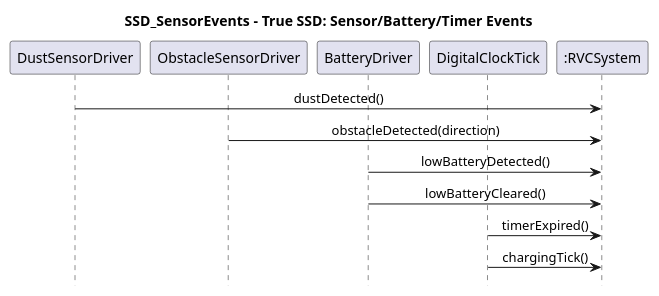
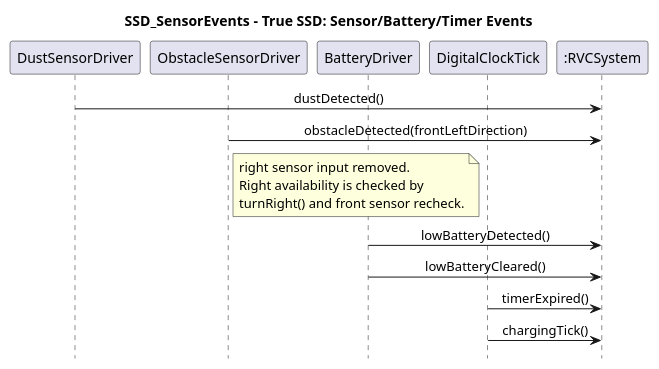
Before and after one commit to YoonBoorue/OOAD_TEAM1: the diagram in docs/ai-output/srs_ssd_sensor_events.puml, drawn with PlantUML. The commit also changed 10 other files, not shown here.

```diff
--- a/docs/ai-output/srs_ssd_sensor_events.puml
+++ b/docs/ai-output/srs_ssd_sensor_events.puml
@@ -4,25 +4,31 @@
 @startuml SSD_SensorEvents
 title SSD_SensorEvents - True SSD: Sensor/Battery/Timer Events
 
 skinparam sequenceMessageAlign center
 hide footbox
 
 participant "DustSensorDriver" as DustSensorDriver
 participant "ObstacleSensorDriver" as ObstacleSensorDriver
 participant "BatteryDriver" as BatteryDriver
 participant "DigitalClockTick" as DigitalClockTick
 participant ":RVCSystem" as RVCSystem
 
 DustSensorDriver -> RVCSystem: dustDetected()
 
-ObstacleSensorDriver -> RVCSystem: obstacleDetected(direction)
+ObstacleSensorDriver -> RVCSystem: obstacleDetected(frontLeftDirection)
+
+note right of ObstacleSensorDriver
+right sensor input removed.
+Right availability is checked by
+turnRight() and front sensor recheck.
+end note
 
 BatteryDriver -> RVCSystem: lowBatteryDetected()
 
 BatteryDriver -> RVCSystem: lowBatteryCleared()
 
 DigitalClockTick -> RVCSystem: timerExpired()
 
 DigitalClockTick -> RVCSystem: chargingTick()
 
 @enduml
```
